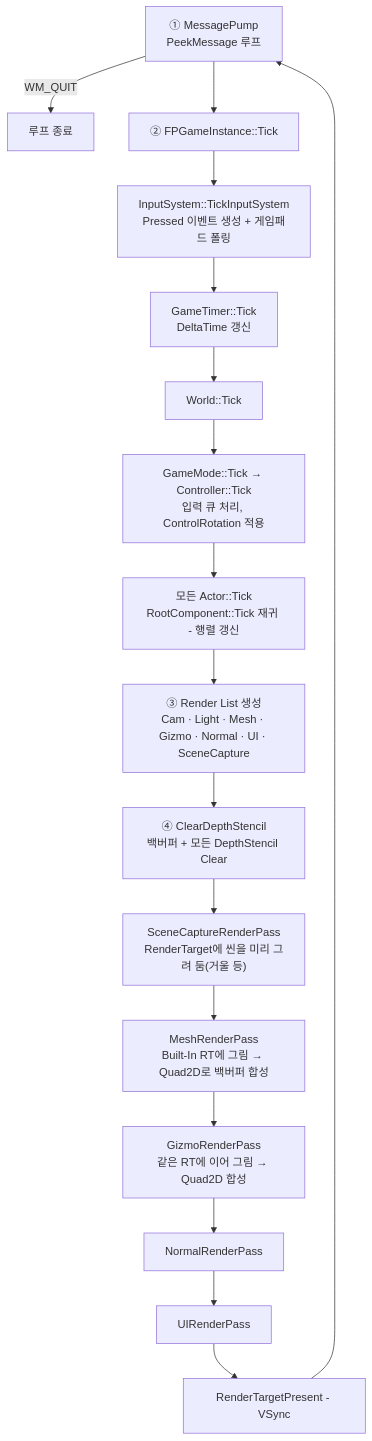
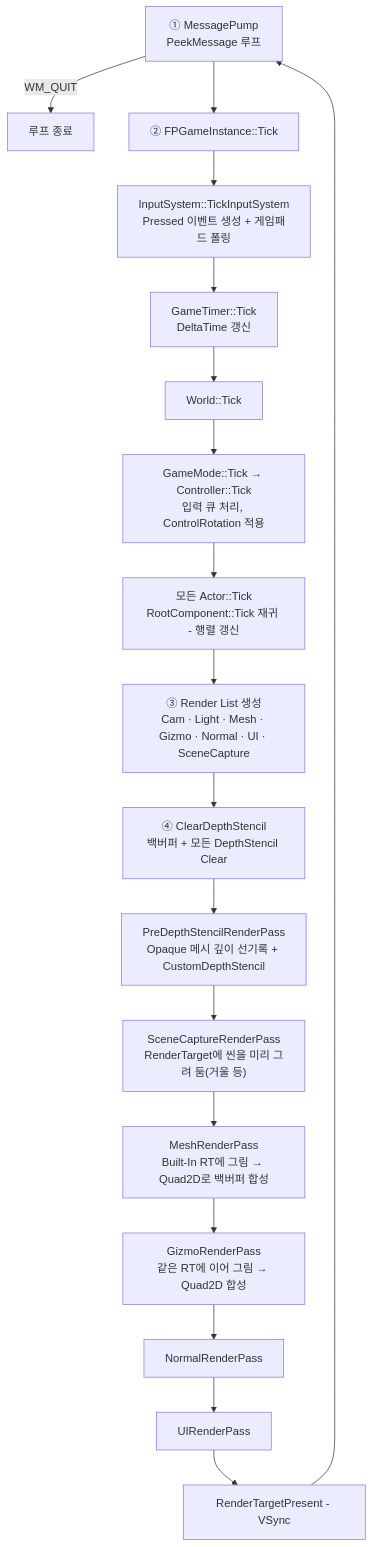
Before and after one commit to Gat-Young/ForestPearlEngine: the fourth of 27 diagrams in README.md, drawn with Mermaid. The commit also changed other lines of this file and 4 other files, not shown here.

````diff
--- a/README.md
+++ b/README.md
@@ -523,19 +525,20 @@
 ```mermaid
 flowchart TD
     A["① MessagePump<br/>PeekMessage 루프"] -->|"WM_QUIT"| Z["루프 종료"]
     A --> B["② FPGameInstance::Tick"]
     B --> B1["InputSystem::TickInputSystem<br/>Pressed 이벤트 생성 + 게임패드 폴링"]
     B1 --> B2["GameTimer::Tick<br/>DeltaTime 갱신"]
     B2 --> B3["World::Tick"]
     B3 --> B4["GameMode::Tick → Controller::Tick<br/>입력 큐 처리, ControlRotation 적용"]
     B4 --> B5["모든 Actor::Tick<br/>RootComponent::Tick 재귀 - 행렬 갱신"]
     B5 --> R["③ Render List 생성<br/>Cam · Light · Mesh · Gizmo · Normal · UI · SceneCapture"]
     R --> C["④ ClearDepthStencil<br/>백버퍼 + 모든 DepthStencil Clear"]
-    C --> SC["SceneCaptureRenderPass<br/>RenderTarget에 씬을 미리 그려 둠(거울 등)"]
+    C --> PD["PreDepthStencilRenderPass<br/>Opaque 메시 깊이 선기록 + CustomDepthStencil"]
+    PD --> SC["SceneCaptureRenderPass<br/>RenderTarget에 씬을 미리 그려 둠(거울 등)"]
     SC --> D["MeshRenderPass<br/>Built-In RT에 그림 → Quad2D로 백버퍼 합성"]
     D --> G["GizmoRenderPass<br/>같은 RT에 이어 그림 → Quad2D 합성"]
     G --> N["NormalRenderPass"]
     N --> E["UIRenderPass"]
     E --> F["RenderTargetPresent - VSync"]
     F --> A
 ```
````
